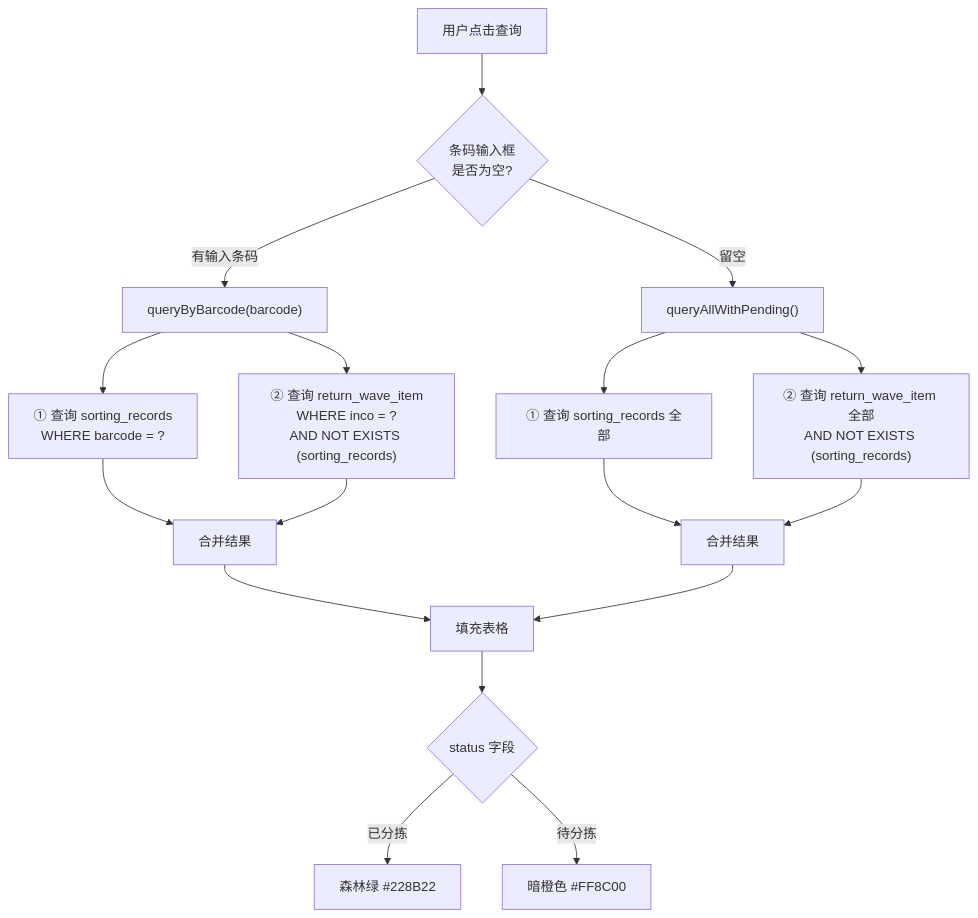
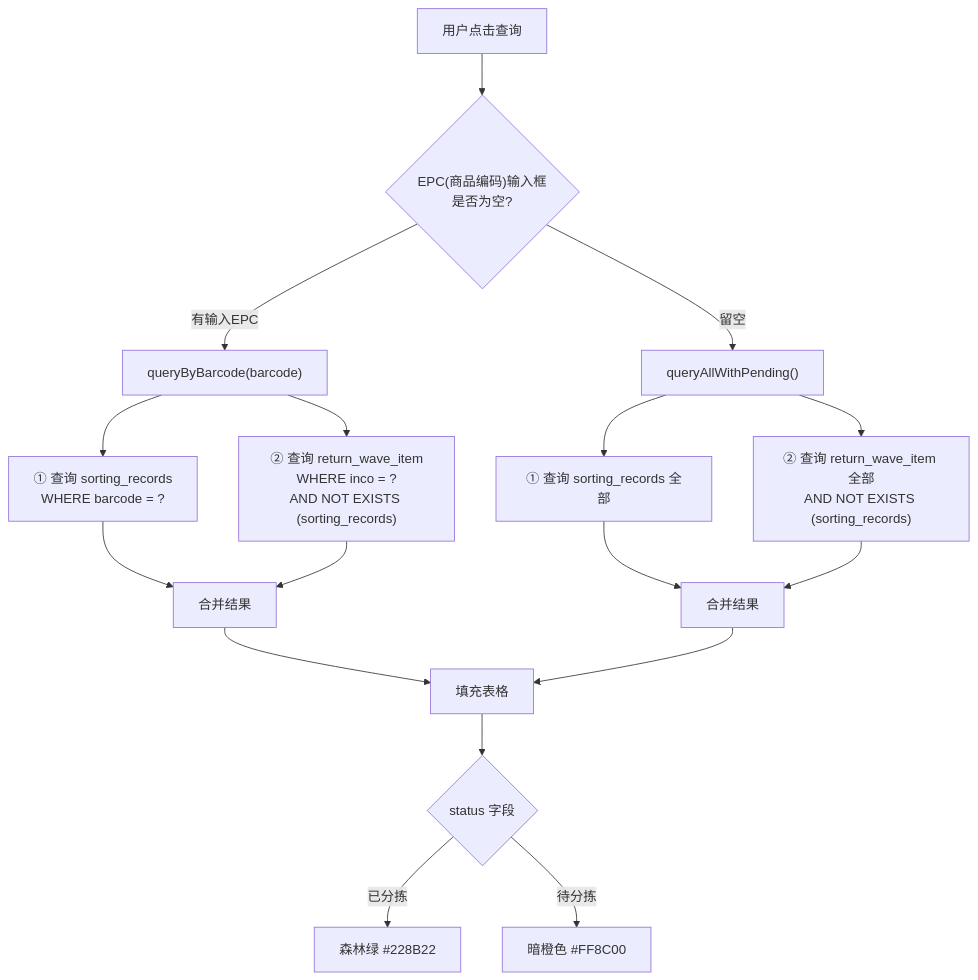
Before and after one commit to dryQAQ/WCSHttpServer: diagram 12 of 27 in WCSHttpServer-材料/数据库表设计方案.md, drawn with Mermaid. The commit also changed other lines of this file and 68 other files, not shown here.

````diff
--- a/WCSHttpServer-材料/数据库表设计方案.md
+++ b/WCSHttpServer-材料/数据库表设计方案.md
@@ -393,23 +393,23 @@
 ```mermaid
 flowchart TD
-    START["用户点击查询"] --> INPUT{"条码输入框<br/>是否为空?"}
-    INPUT -->|"有输入条码"| Q1["queryByBarcode(barcode)"]
+    START["用户点击查询"] --> INPUT{"EPC(商品编码)输入框<br/>是否为空?"}
+    INPUT -->|"有输入EPC"| Q1["queryByBarcode(barcode)"]
     INPUT -->|"留空"| Q2["queryAllWithPending()"]
 
     Q1 --> Q1_STEP1["① 查询 sorting_records<br/>WHERE barcode = ?"]
     Q1 --> Q1_STEP2["② 查询 return_wave_item<br/>WHERE inco = ?<br/>AND NOT EXISTS (sorting_records)"]
     Q1_STEP1 --> MERGE1["合并结果"]
     Q1_STEP2 --> MERGE1
 
     Q2 --> Q2_STEP1["① 查询 sorting_records 全部"]
     Q2 --> Q2_STEP2["② 查询 return_wave_item 全部<br/>AND NOT EXISTS (sorting_records)"]
     Q2_STEP1 --> MERGE2["合并结果"]
     Q2_STEP2 --> MERGE2
 
     MERGE1 --> DISPLAY["填充表格"]
     MERGE2 --> DISPLAY
 
     DISPLAY --> COLOR{"status 字段"}
     COLOR -->|"已分拣"| GREEN["森林绿 #228B22"]
     COLOR -->|"待分拣"| ORANGE["暗橙色 #FF8C00"]
 ```
````
